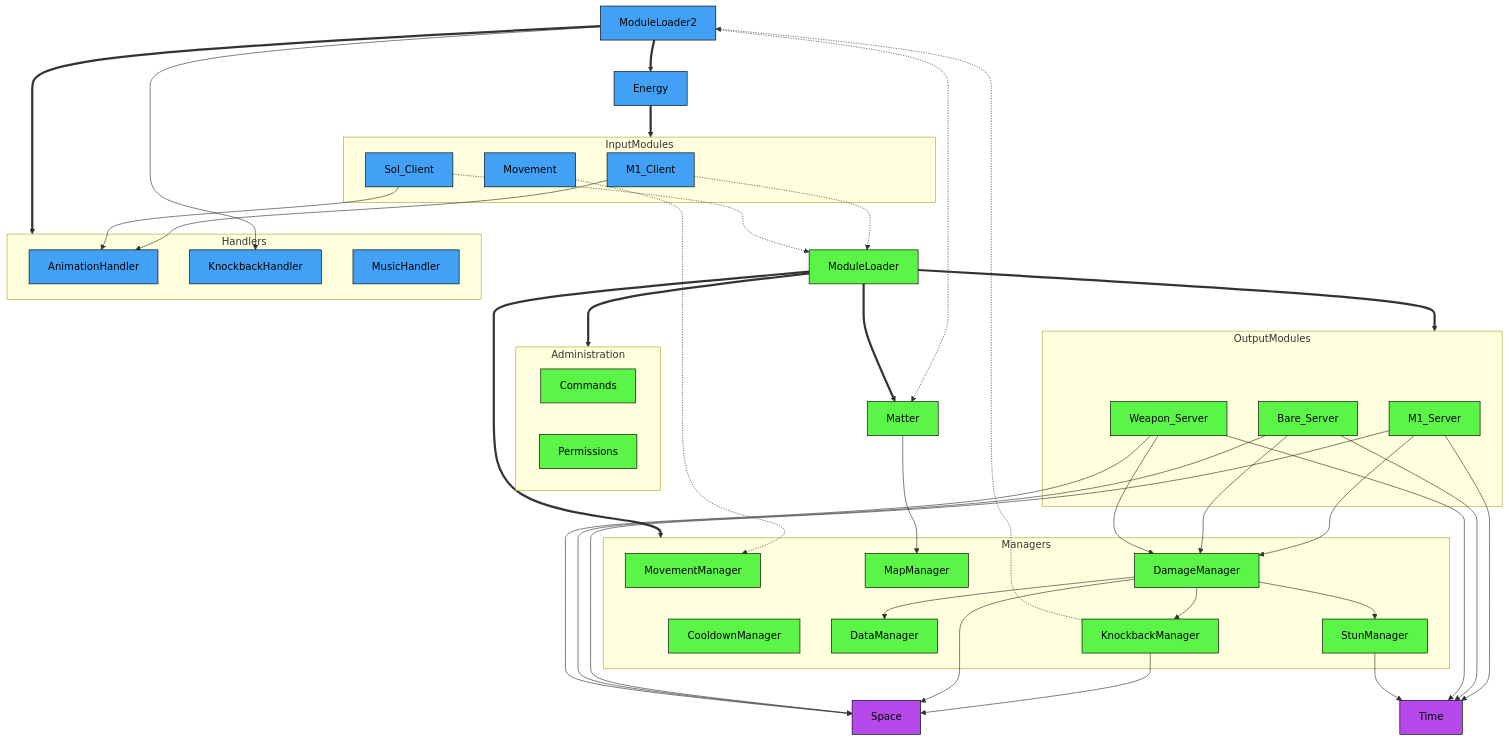
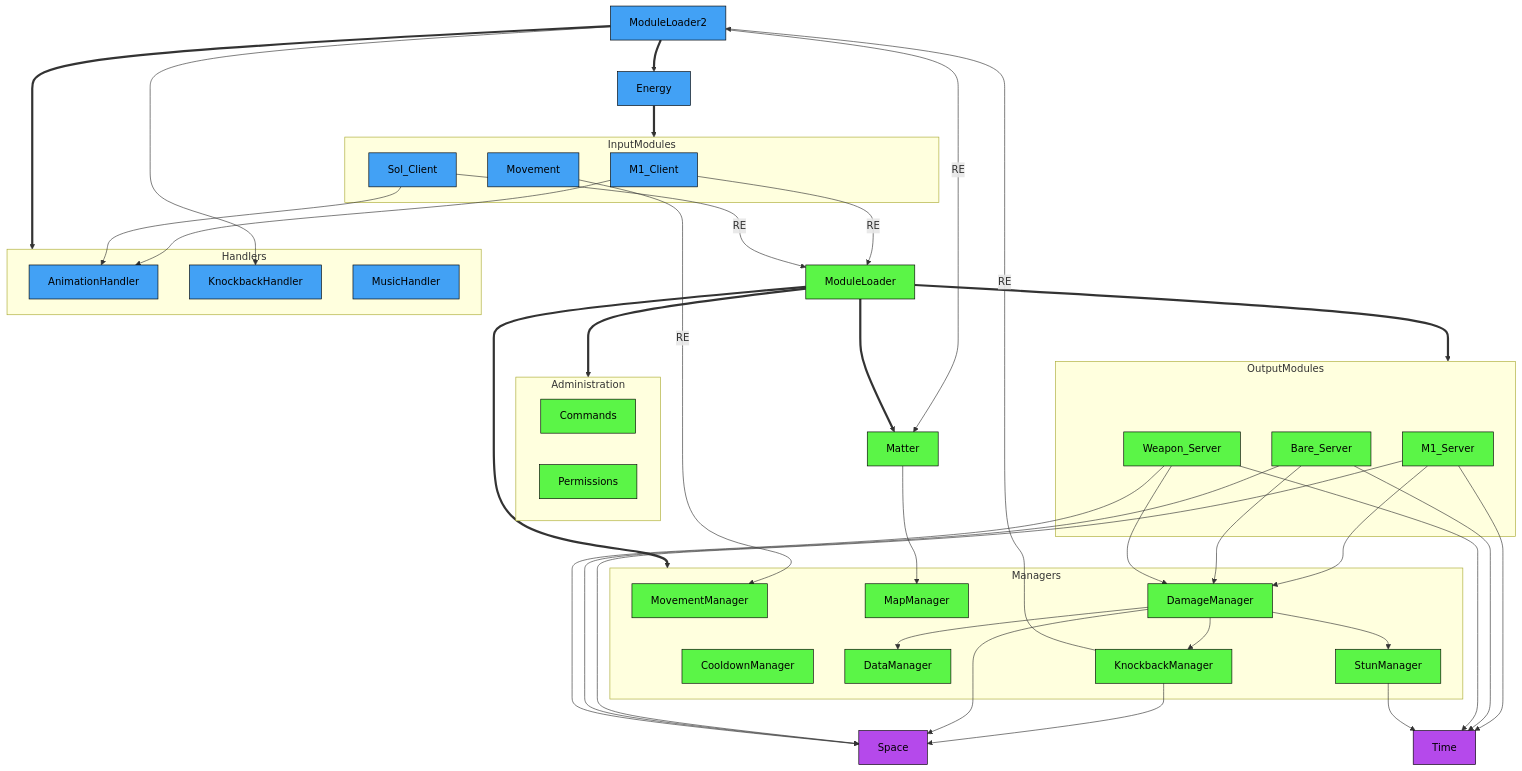
One commit to altair5607249/Crusaders-Game changed the diagram in README.md. Above: the diagram before and after it, drawn with Mermaid. The commit also changed other lines of this file, not shown here.

````diff
--- a/README.md
+++ b/README.md
@@ -37,75 +38,75 @@
 ```mermaid
 flowchart TB;
 
   classDef serverNode fill:#5bf547,stroke:#000000,color:#000000
   classDef clientNode fill:#42a1f5,stroke:#000000,color:#000000
   classDef universalNode fill:#b549eb,stroke:#000000,color:#000000
 
   ModuleLoader2==>Energy;
   ModuleLoader2==>Handlers;
-  ModuleLoader2-.->Matter;
+  ModuleLoader2-->|RE| Matter;
   Energy==>InputModules;
 
   subgraph Handlers
     AnimationHandler;
     KnockbackHandler;
     MusicHandler;
   end
 
   subgraph InputModules
     M1_Client;
     Sol_Client;
     Movement;
   end
 
   M1_Client-->AnimationHandler;
   Sol_Client-->AnimationHandler;
-  M1_Client -.-> ModuleLoader;
-  Sol_Client-.->ModuleLoader;
-  Movement-.->MovementManager;
+  M1_Client-->|RE| ModuleLoader;
+  Sol_Client-->|RE| ModuleLoader;
+  Movement-->|RE| MovementManager;
   ModuleLoader==>Administration;
   ModuleLoader==>Managers;
   ModuleLoader==>OutputModules;
   ModuleLoader==>Matter
   Matter-->MapManager;
 
   subgraph Administration
     Commands;
     Permissions;
   end
 
   subgraph Managers
     CooldownManager;
     DamageManager;
     DataManager;
     KnockbackManager;
     MapManager;
     MovementManager;
     StunManager;
   end
 
   subgraph OutputModules
     M1_Server-->DamageManager;
     Bare_Server-->DamageManager;
     Weapon_Server-->DamageManager;
   end
 
   KnockbackManager-->Space;
   DamageManager-->Space;
   DamageManager-->DataManager;
   DamageManager-->KnockbackManager;
   DamageManager-->StunManager;
   M1_Server-->Time;
   Bare_Server-->Time;
   Weapon_Server-->Time;
   StunManager-->Time;
   M1_Server-->Space;
   Bare_Server-->Space;
   Weapon_Server-->Space;
-  KnockbackManager-.->ModuleLoader2
+  KnockbackManager-->|RE| ModuleLoader2
   ModuleLoader2-->KnockbackHandler;
 
   class ModuleLoader,M1_Server,Bare_Server,Weapon_Server,MovementManager,Commands,Permissions,CooldownManager,DamageManager,DataManager,KnockbackManager,MapManager,MovementManager,StunManager,Matter serverNode;
   class ModuleLoader2,Energy,M1_Client,Sol_Client,Movement,AnimationHandler,KnockbackHandler,MusicHandler clientNode;
   class Space,Time universalNode;
 ```
````
